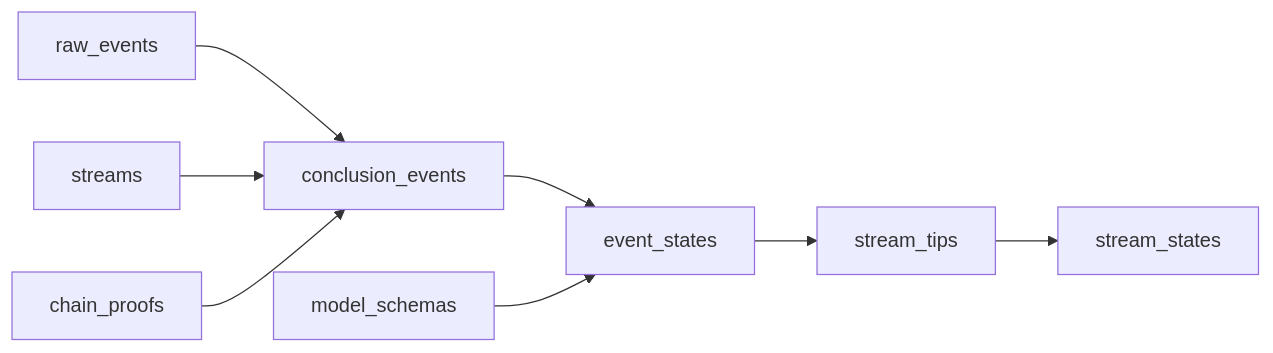
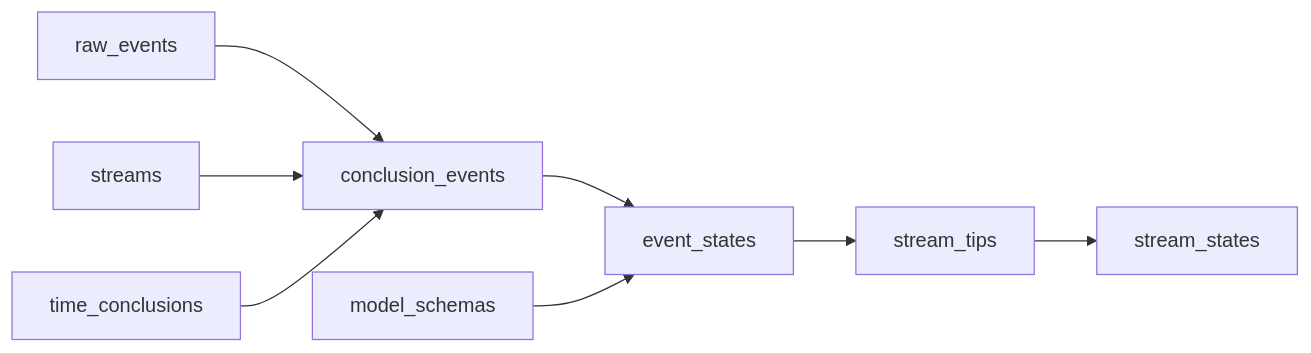
Before and after one commit to ceramicnetwork/rust-ceramic: the diagram in pipeline/DESIGN.md, drawn with Mermaid. The commit also changed other lines of this file, not shown here.

Commit message:
fix: rename chain_proofs to time_conclusions

````diff
--- a/pipeline/DESIGN.md
+++ b/pipeline/DESIGN.md
@@ -12,19 +12,19 @@
 ```mermaid
 graph LR;
     raw_events;
     streams;
-    chain_proofs;
+    time_conclusions;
     conclusion_events;
     model_schemas;
     event_states;
     stream_tips;
     stream_states;
 
     raw_events --> conclusion_events;
     streams --> conclusion_events;
-    chain_proofs --> conclusion_events;
+    time_conclusions --> conclusion_events;
     conclusion_events --> event_states;
     model_schemas --> event_states;
     event_states --> stream_tips;
     stream_tips --> stream_states;
 ```
````
